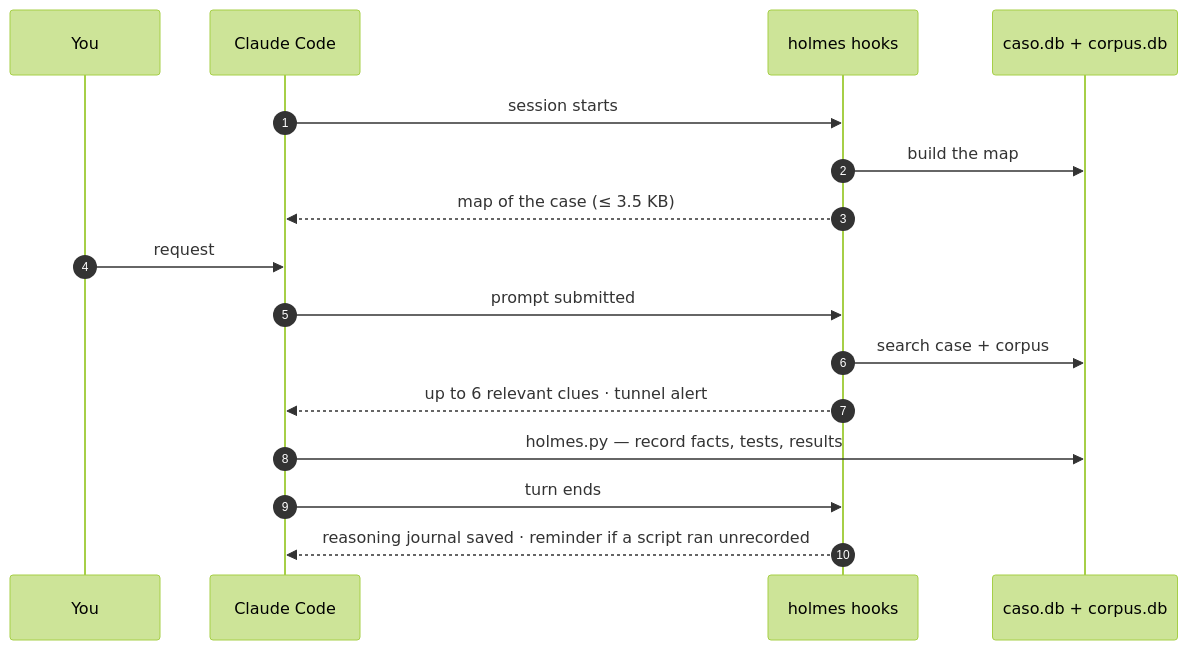
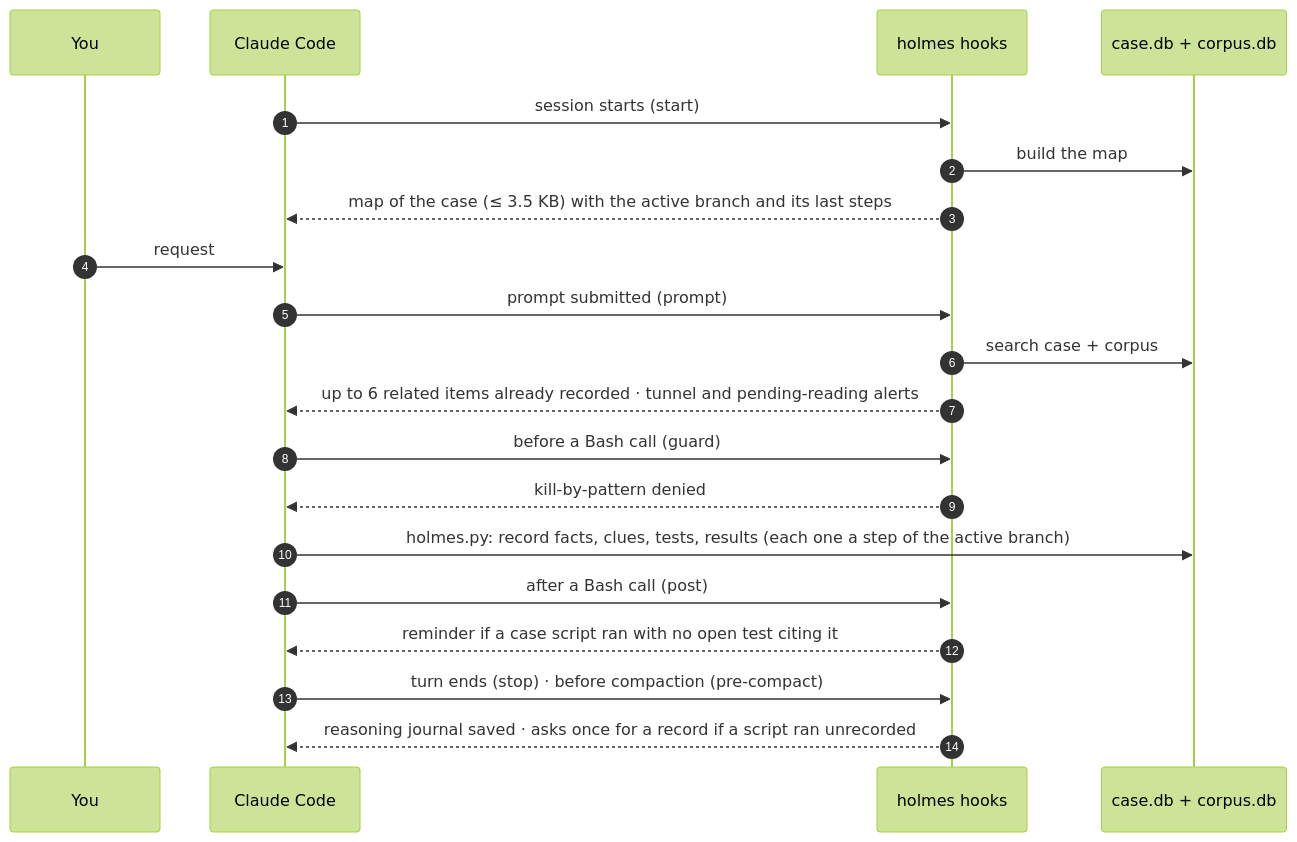
The second of 2 diagrams in README.md (jhonymiler/holmes), drawn with Mermaid (forest theme) before and after one commit. The commit also changed other lines of this file and 74 other files, not shown here.

````diff
--- a/README.md
+++ b/README.md
@@ -84,18 +96,22 @@
 ```mermaid
 sequenceDiagram
     autonumber
     participant U as You
     participant C as Claude Code
     participant H as holmes hooks
-    participant DB as caso.db + corpus.db
-    C->>H: session starts
+    participant DB as case.db + corpus.db
+    C->>H: session starts (start)
     H->>DB: build the map
-    H-->>C: map of the case (≤ 3.5 KB)
+    H-->>C: map of the case (≤ 3.5 KB) with the active branch and its last steps
     U->>C: request
-    C->>H: prompt submitted
+    C->>H: prompt submitted (prompt)
     H->>DB: search case + corpus
-    H-->>C: up to 6 relevant clues · tunnel alert
-    C->>DB: holmes.py — record facts, tests, results
-    C->>H: turn ends
-    H-->>C: reasoning journal saved · reminder if a script ran unrecorded
+    H-->>C: up to 6 related items already recorded · tunnel and pending-reading alerts
+    C->>H: before a Bash call (guard)
+    H-->>C: kill-by-pattern denied
+    C->>DB: holmes.py: record facts, clues, tests, results (each one a step of the active branch)
+    C->>H: after a Bash call (post)
+    H-->>C: reminder if a case script ran with no open test citing it
+    C->>H: turn ends (stop) · before compaction (pre-compact)
+    H-->>C: reasoning journal saved · asks once for a record if a script ran unrecorded
 ```
````
